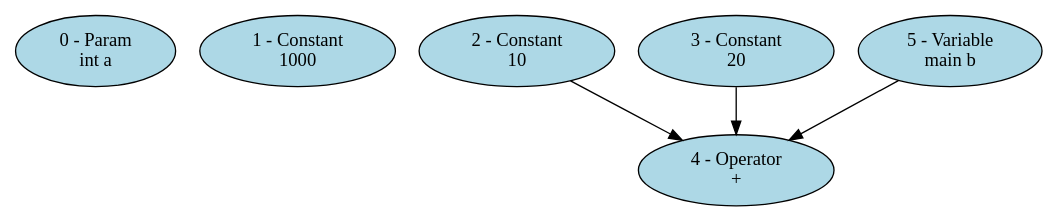
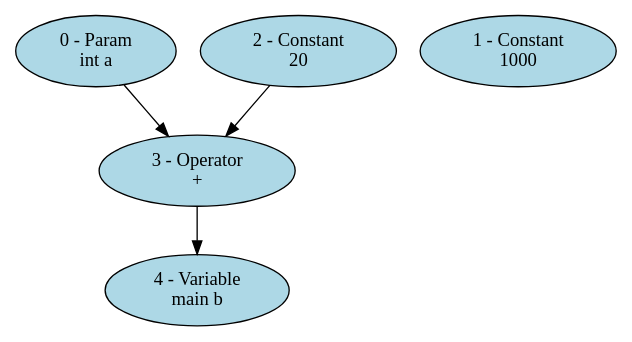
Before and after one commit to BentleyJOakes/SourceToSimulink: the diagram in examples/simple.dot, drawn with Graphviz. The commit also changed 4 other files, not shown here.

```diff
--- a/examples/simple.dot
+++ b/examples/simple.dot
@@ -1,11 +1,10 @@
 digraph simple {
 "0 - Param\nint a" [fillcolor=lightblue, style=filled];
 "1 - Constant\n1000" [fillcolor=lightblue, style=filled];
-"2 - Constant\n10" [fillcolor=lightblue, style=filled];
-"3 - Constant\n20" [fillcolor=lightblue, style=filled];
-"4 - Operator\n+" [fillcolor=lightblue, style=filled];
-"5 - Variable\nmain b" [fillcolor=lightblue, style=filled];
-"2 - Constant\n10" -> "4 - Operator\n+";
-"3 - Constant\n20" -> "4 - Operator\n+";
-"5 - Variable\nmain b" -> "4 - Operator\n+";
+"2 - Constant\n20" [fillcolor=lightblue, style=filled];
+"3 - Operator\n+" [fillcolor=lightblue, style=filled];
+"4 - Variable\nmain b" [fillcolor=lightblue, style=filled];
+"0 - Param\nint a" -> "3 - Operator\n+";
+"2 - Constant\n20" -> "3 - Operator\n+";
+"3 - Operator\n+" -> "4 - Variable\nmain b";
 }
```
